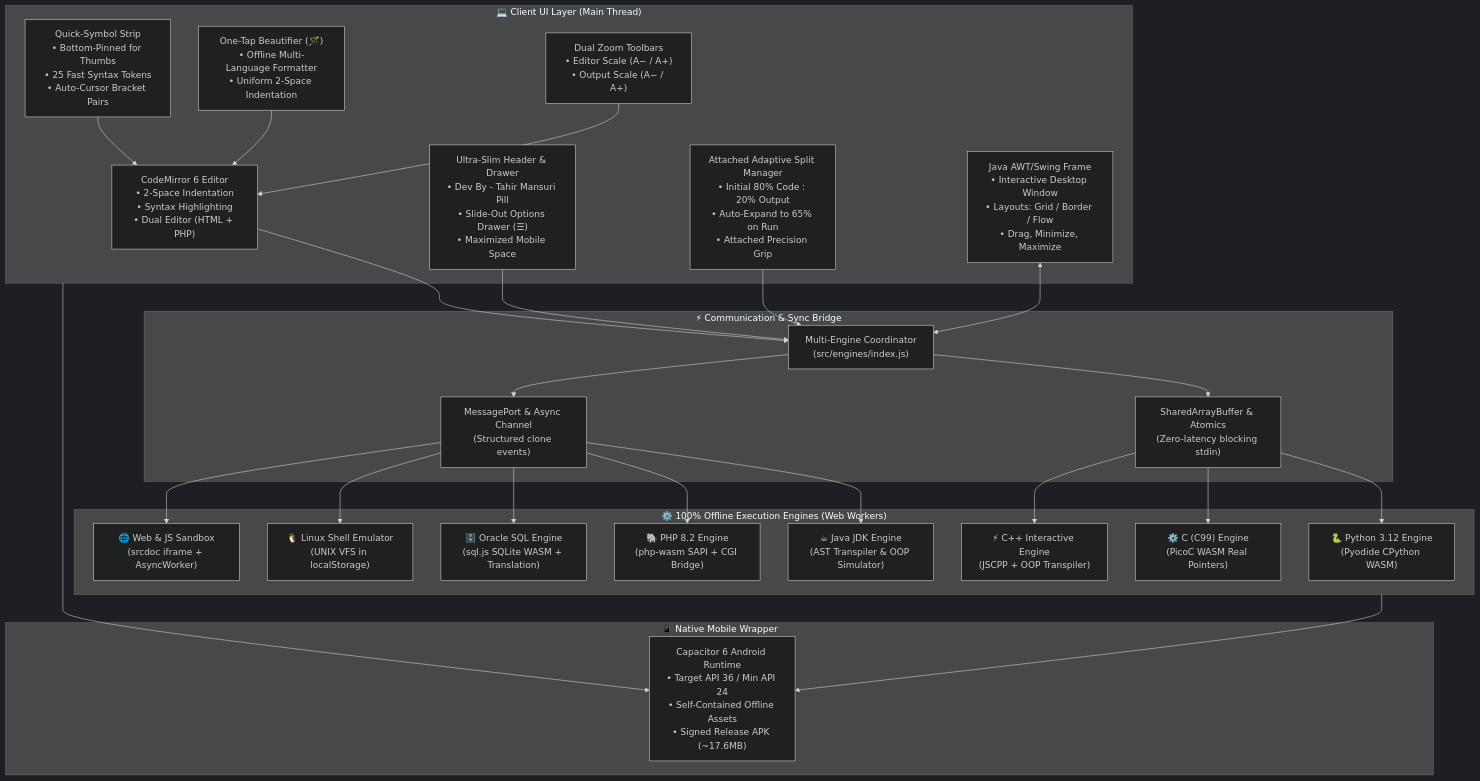
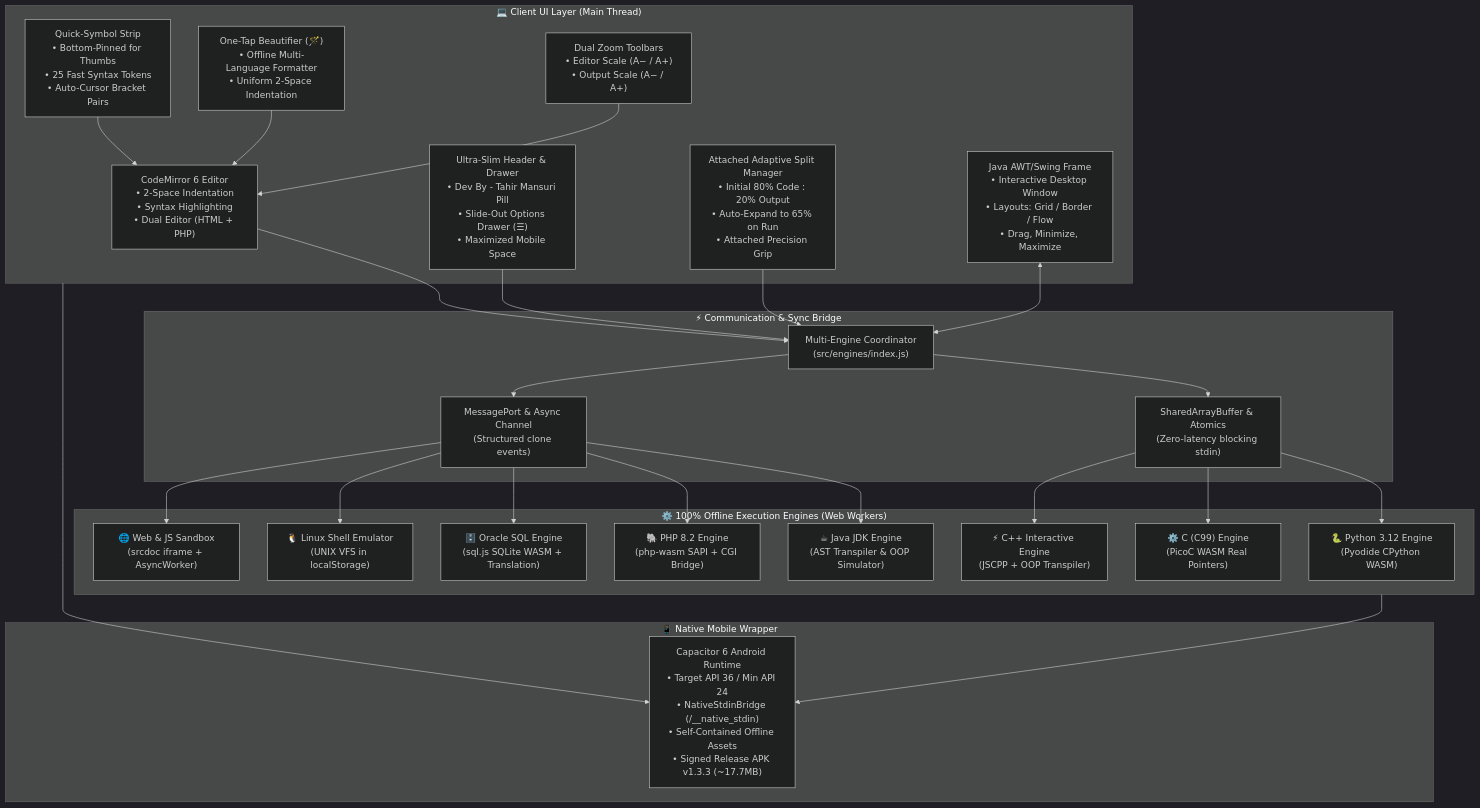
One commit to TahirMansuri/ThinkCode-Lab changed the diagram in README.md. Above: the diagram before and after it, drawn with Mermaid (dark theme). The commit also changed other lines of this file and 19 other files, not shown here.

Commit message:
release(v1.3.3): native Android stdin bridge, hardened workers, Build 10 APK & versioned download

````diff
--- a/README.md
+++ b/README.md
@@ -72,55 +72,55 @@
 ```mermaid
 flowchart TD
   subgraph UI["💻 Client UI Layer (Main Thread)"]
     CM["CodeMirror 6 Editor\n• 2-Space Indentation\n• Syntax Highlighting\n• Dual Editor (HTML + PHP)"]
     QB["Quick-Symbol Strip\n• Bottom-Pinned for Thumbs\n• 25 Fast Syntax Tokens\n• Auto-Cursor Bracket Pairs"]
     FMT["One-Tap Beautifier (🪄)\n• Offline Multi-Language Formatter\n• Uniform 2-Space Indentation"]
     HDR["Ultra-Slim Header & Drawer\n• Dev By - Tahir Mansuri Pill\n• Slide-Out Options Drawer (☰)\n• Maximized Mobile Space"]
     SM["Attached Adaptive Split Manager\n• Initial 80% Code : 20% Output\n• Auto-Expand to 65% on Run\n• Attached Precision Grip"]
     GUI["Java AWT/Swing Frame\n• Interactive Desktop Window\n• Layouts: Grid / Border / Flow\n• Drag, Minimize, Maximize"]
     ZM["Dual Zoom Toolbars\n• Editor Scale (A− / A+)\n• Output Scale (A− / A+)"]
   end
 
   subgraph Bridge["⚡ Communication & Sync Bridge"]
     COORD["Multi-Engine Coordinator\n(src/engines/index.js)"]
     SAB["SharedArrayBuffer & Atomics\n(Zero-latency blocking stdin)"]
     MSG["MessagePort & Async Channel\n(Structured clone events)"]
   end
 
   subgraph Engines["⚙️ 100% Offline Execution Engines (Web Workers)"]
     PY["🐍 Python 3.12 Engine\n(Pyodide CPython WASM)"]
     JAVA["☕ Java JDK Engine\n(AST Transpiler & OOP Simulator)"]
     C["⚙️ C (C99) Engine\n(PicoC WASM Real Pointers)"]
     CPP["⚡ C++ Interactive Engine\n(JSCPP + OOP Transpiler)"]
     PHP["🐘 PHP 8.2 Engine\n(php-wasm SAPI + CGI Bridge)"]
     SQL["🗄️ Oracle SQL Engine\n(sql.js SQLite WASM + Translation)"]
     SH["🐧 Linux Shell Emulator\n(UNIX VFS in localStorage)"]
     WEB["🌐 Web & JS Sandbox\n(srcdoc iframe + AsyncWorker)"]
   end
 
   subgraph Native["📱 Native Mobile Wrapper"]
-    CAP["Capacitor 6 Android Runtime\n• Target API 36 / Min API 24\n• Self-Contained Offline Assets\n• Signed Release APK (~17.6MB)"]
+    CAP["Capacitor 6 Android Runtime\n• Target API 36 / Min API 24\n• NativeStdinBridge (/__native_stdin)\n• Self-Contained Offline Assets\n• Signed Release APK v1.3.3 (~17.7MB)"]
   end
 
   CM --> COORD
   QB --> CM
   FMT --> CM
   SM --> COORD
   HDR --> COORD
   COORD --> SAB
   COORD --> MSG
   GUI <--> COORD
   ZM --> CM
 
   SAB --> PY
   SAB --> C
   SAB --> CPP
   MSG --> JAVA
   MSG --> PHP
   MSG --> SQL
   MSG --> SH
   MSG --> WEB
 
   UI --> CAP
   Engines --> CAP
 ```
````
